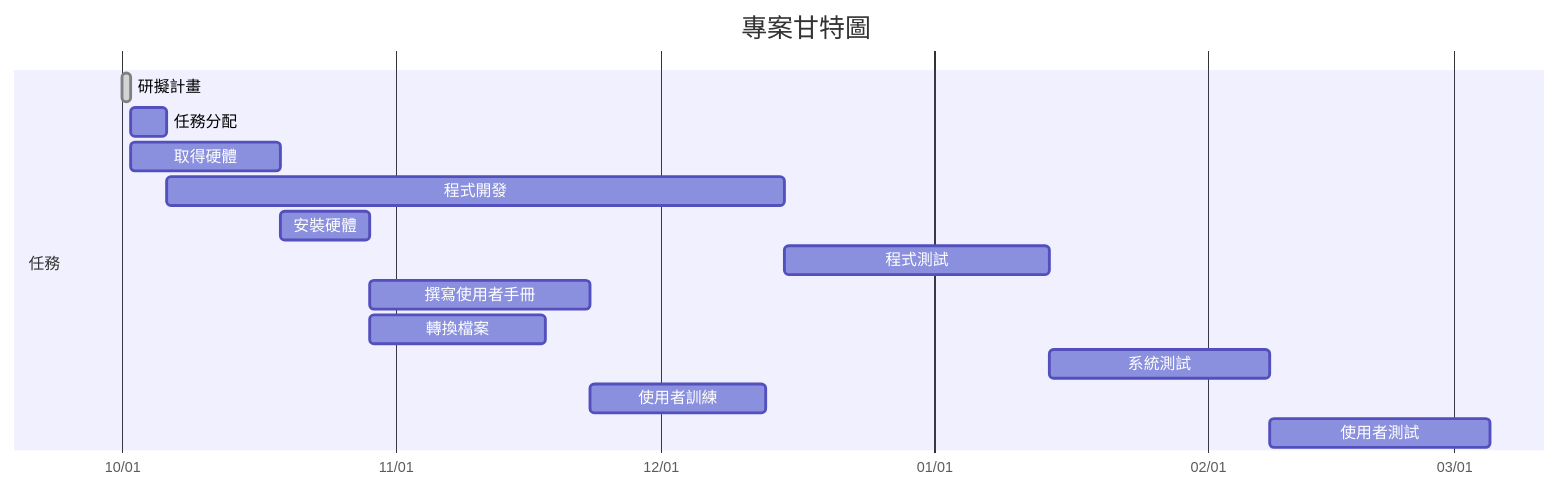
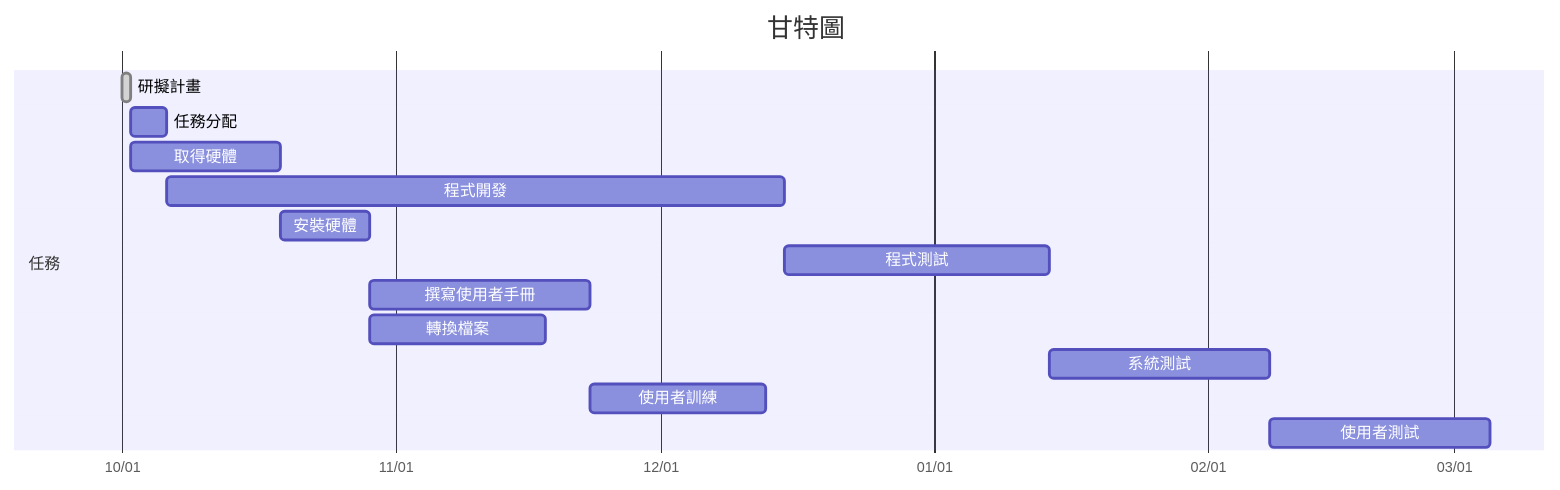
The diagram in README.md (DishEight/hw2), drawn with Mermaid before and after one commit. The commit also changed other lines of this file, not shown here.

````diff
--- a/README.md
+++ b/README.md
@@ -9,19 +9,19 @@
 ```mermaid
 gantt
-    title 專案甘特圖
+    title 甘特圖
     dateFormat  YYYY-MM-DD
     axisFormat  %m/%d
 
     section 任務
     研擬計畫: done,  t1, 2024-10-01, 1d
     任務分配: t2, after t1, 4d
     取得硬體: t3, after t1, 17d
     程式開發: t4, after t2, 70d
     安裝硬體: t5, after t3, 10d
     程式測試: t6, after t4, 30d
     撰寫使用者手冊: t7, after t5, 25d
     轉換檔案: t8, after t5, 20d
     系統測試: t9, after t6, 25d
     使用者訓練: t10, after t7, 20d
     使用者測試: t11, after t9, 25d
 ```
````
